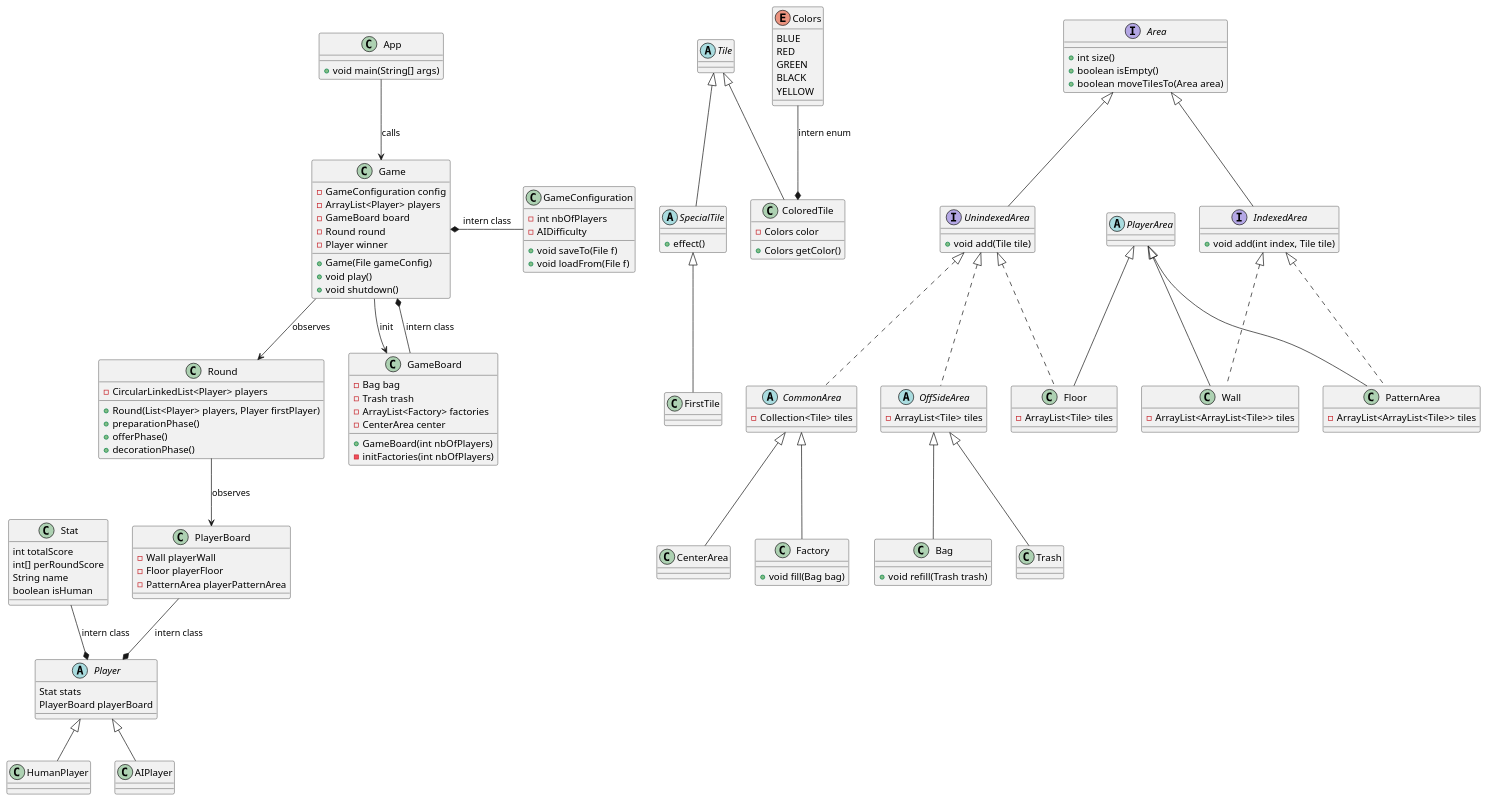
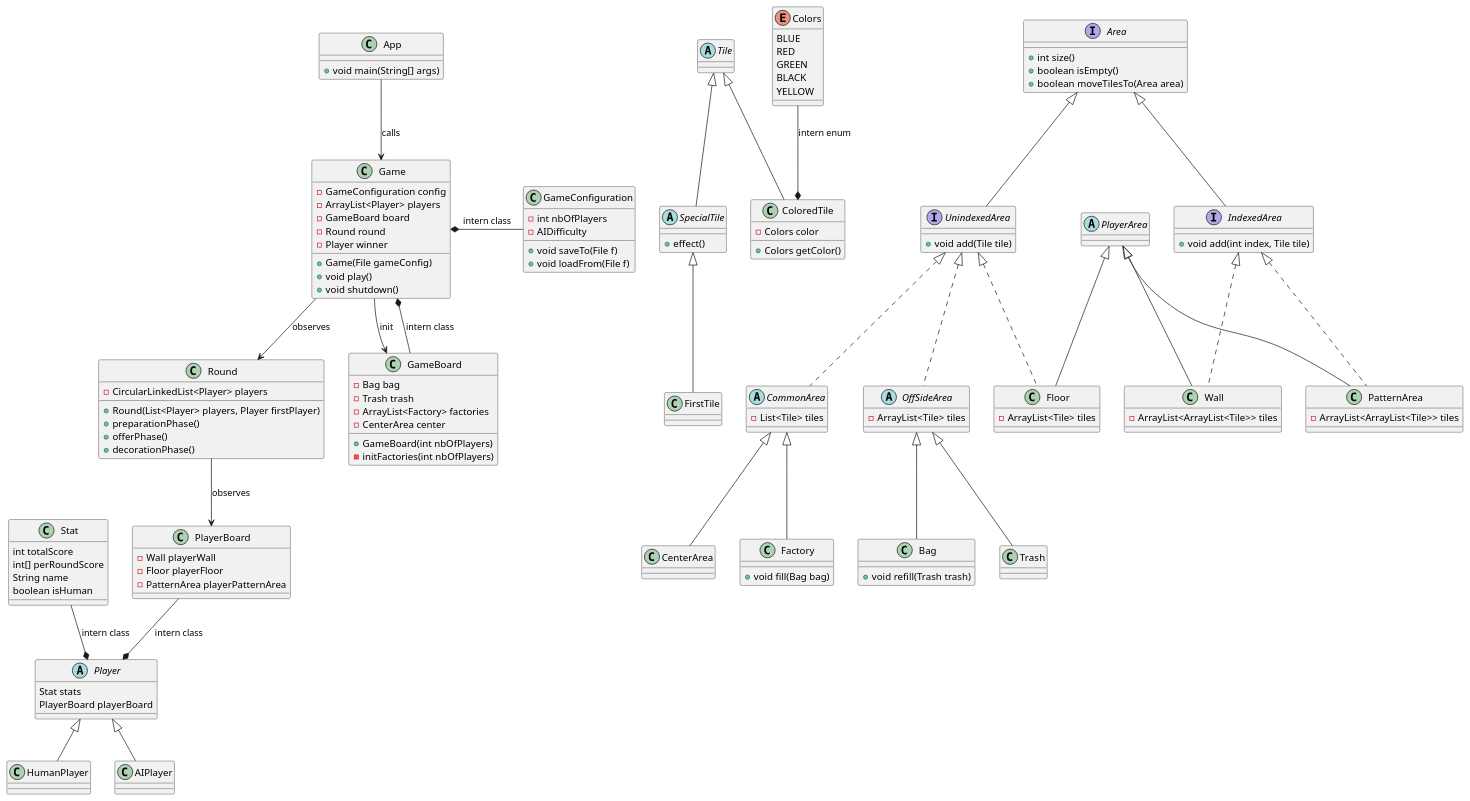
Before and after one commit to nsouff/Azul: the diagram in proj.puml, drawn with PlantUML. The commit also changed 1 other file, not shown here.

Commit message:
Use List instead of Collection in CommonArea

```diff
--- a/proj.puml
+++ b/proj.puml
@@ -1,164 +1,164 @@
 @startuml
 
 Abstract class Tile {
 }
 
 
 Tile <|-- SpecialTile
 abstract class SpecialTile {
 	+effect()
 }
 
 Tile <|-- ColoredTile
 class ColoredTile {
 	-Colors color
 	+Colors getColor()
 }
 
 SpecialTile <|-- FirstTile
 class FirstTile
 
 Colors --* ColoredTile : "intern enum"
 enum Colors {
 	BLUE
 	RED
 	GREEN
 	BLACK
 	YELLOW
 }
 
 
 interface Area {
 	+int size()
 	+boolean isEmpty()
 	+boolean moveTilesTo(Area area)
 }
 Area <|-- UnindexedArea
 interface UnindexedArea {
 	+void add(Tile tile)
 }
 
 Area <|-- IndexedArea
 interface IndexedArea {
 	+void add(int index, Tile tile)
 }
 
 UnindexedArea <|.. OffSideArea
 abstract class OffSideArea {
 	-ArrayList<Tile> tiles
 }
 
 OffSideArea <|-- Bag
 class Bag {
 	+void refill(Trash trash)
 }
 
 OffSideArea <|-- Trash
 class Trash {
 
 }
 UnindexedArea <|.. CommonArea
 abstract class CommonArea {
-	- Collection<Tile> tiles
+	- List<Tile> tiles
 }
 CommonArea <|-- CenterArea
 CommonArea <|-- Factory
 class Factory {
 	+void fill(Bag bag)
 }
 
 abstract class PlayerArea
 
 IndexedArea <|.. Wall
 PlayerArea <|-- Wall
 class Wall {
 	-ArrayList<ArrayList<Tile>> tiles
 }
 
 UnindexedArea <|.. Floor
 PlayerArea <|-- Floor
 class Floor {
 	-ArrayList<Tile> tiles
 }
 
 IndexedArea <|.. PatternArea
 PlayerArea <|-- PatternArea
 class PatternArea{
 	-ArrayList<ArrayList<Tile>> tiles
 }
 
 abstract class Player {
 	Stat stats
 	PlayerBoard playerBoard
 }
 
 Stat  --* Player : "intern class"
 class Stat {
 	int totalScore
 	int[] perRoundScore
 	String name
 	boolean isHuman
 }
 
 Player <|-- HumanPlayer
 Player <|-- AIPlayer
 
 
 class PlayerBoard
 PlayerBoard --* Player : "intern class"
 
 
 GameConfiguration -left-* Game : "intern class"
 class GameConfiguration {
 	-int nbOfPlayers
 	-AIDifficulty
 	+void saveTo(File f)
 	+void loadFrom(File f)
 }
 
 Game --> Round : "observes"
 class Game {
 	-GameConfiguration config
 	-ArrayList<Player> players
-	-GameBoard board	
+	-GameBoard board
 	-Round round
 	-Player winner
 	+Game(File gameConfig)
 	+void play()
 	+void shutdown()
 }
 
 Game --> GameBoard : "init"
 GameBoard --* Game : "intern class"
-class GameBoard {	
+class GameBoard {
 	-Bag bag
 	-Trash trash
 	-ArrayList<Factory> factories
 	-CenterArea center
 	+GameBoard(int nbOfPlayers)
 	-initFactories(int nbOfPlayers)
 }
 
 Round --> PlayerBoard : "observes"
 class PlayerBoard {
 	-Wall playerWall
 	-Floor playerFloor
 	-PatternArea playerPatternArea
 }
 
 class Round {
 	-CircularLinkedList<Player> players
 	+Round(List<Player> players, Player firstPlayer)
 	+preparationPhase()
 	+offerPhase()
 	+decorationPhase()
 }
 
 
 App --> Game : "calls"
 class App {
 	+void main(String[] args)
 }
 
 
 @enduml
```
